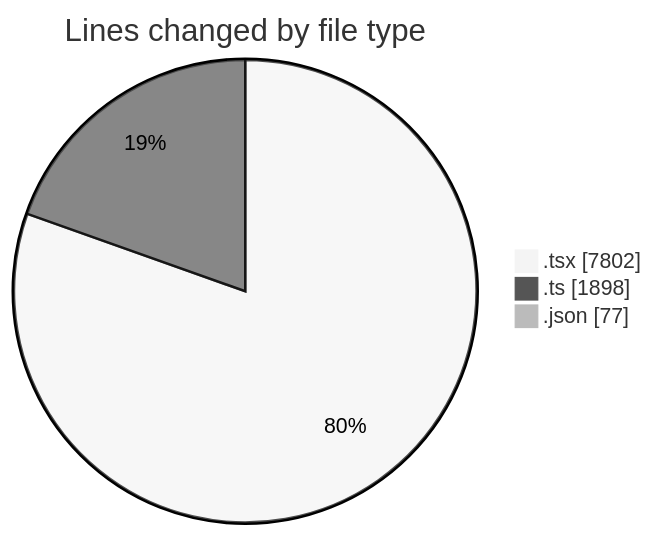
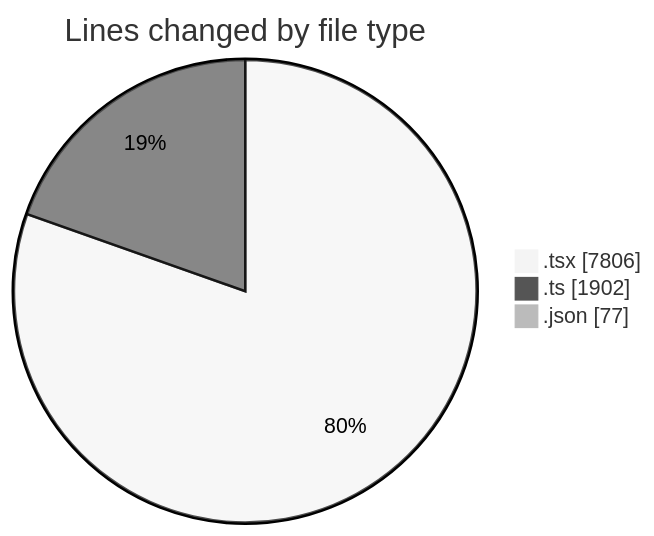
Before and after one commit to nxtqubesakshisongat/code-tracking: the first of 2 diagrams in 2026-03-22/nxtqube_webapp/README.md, drawn with Mermaid (neutral theme). The commit also changed other lines of this file and 1 other file, not shown here.

````diff
--- a/2026-03-22/nxtqube_webapp/README.md
+++ b/2026-03-22/nxtqube_webapp/README.md
@@ -47,7 +47,7 @@
 ```mermaid
 pie showData
 title Lines changed by file type
-".tsx" : 7802
-".ts" : 1898
+".tsx" : 7806
+".ts" : 1902
 ".json" : 77
 ```
````
